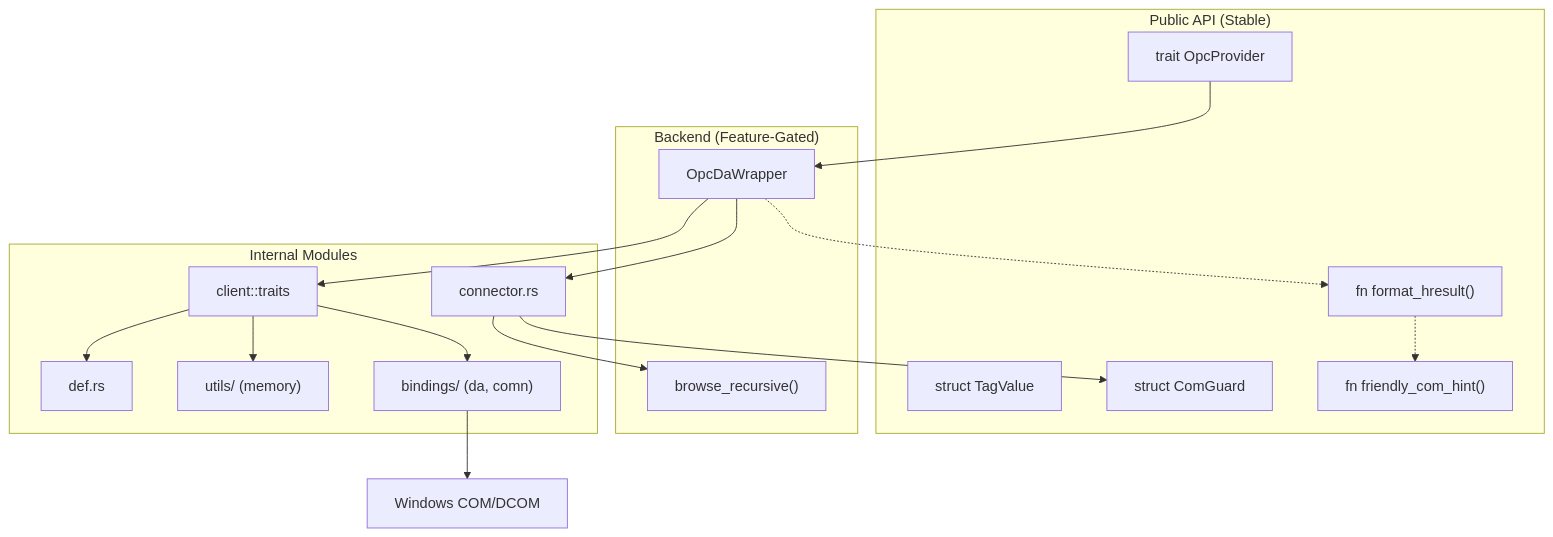
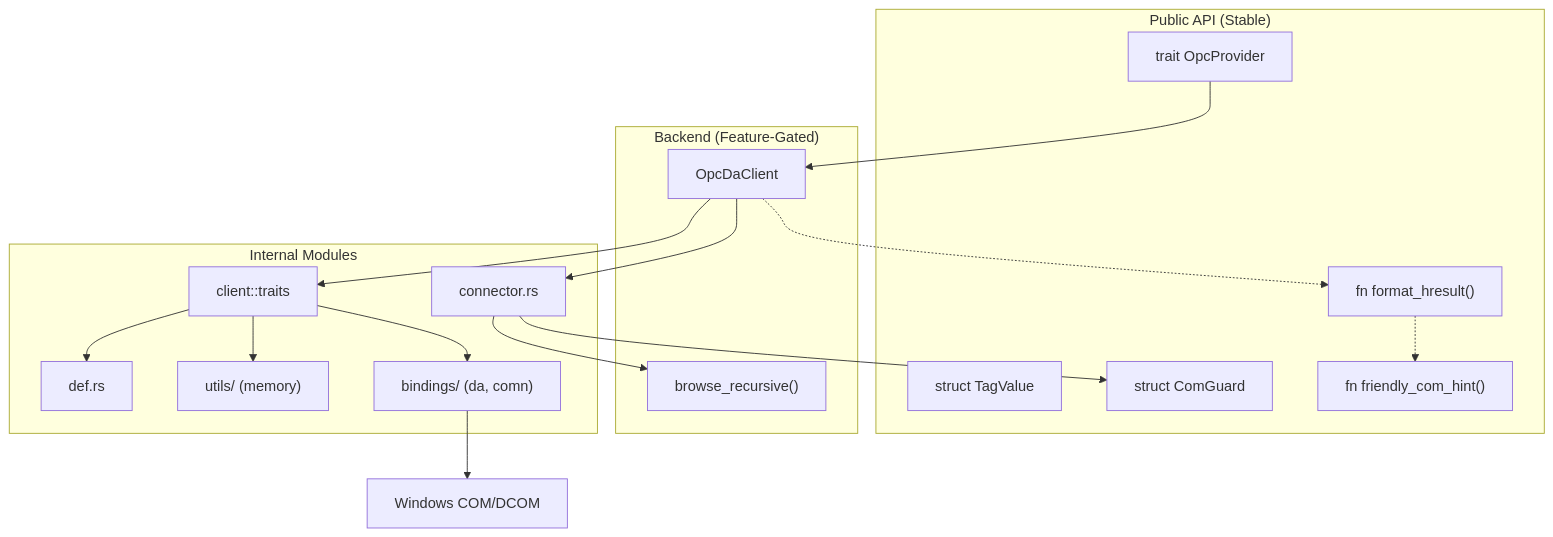
Before and after one commit to wends155/opc-cli: the diagram in opc-da-client/architecture.md, drawn with Mermaid. The commit also changed other lines of this file and 50 other files, not shown here.

````diff
--- a/opc-da-client/architecture.md
+++ b/opc-da-client/architecture.md
@@ -172,34 +172,34 @@
 ```mermaid
 graph TD
     subgraph "Public API (Stable)"
         Trait["trait OpcProvider"]
         TagValue["struct TagValue"]
         Guard["struct ComGuard"]
         Hint["fn friendly_com_hint()"]
         FmtHR["fn format_hresult()"]
     end
 
     subgraph "Backend (Feature-Gated)"
-        Wrapper["OpcDaWrapper"]
+        Wrapper["OpcDaClient"]
         Browse["browse_recursive()"]
     end
 
     subgraph "Internal Modules"
         ClientTraits["client::traits"]
         Defs["def.rs"]
         Utils["utils/ (memory)"]
         Bindings["bindings/ (da, comn)"]
         Connector["connector.rs"]
     end
 
     Trait --> Wrapper
     Wrapper --> Connector
     Connector --> Browse
     Connector --> Guard
     Wrapper --> ClientTraits
     ClientTraits --> Defs & Utils
     ClientTraits --> Bindings
     Bindings --> WinCOM["Windows COM/DCOM"]
     Wrapper -.-> FmtHR
     FmtHR -.-> Hint
 ```
````
